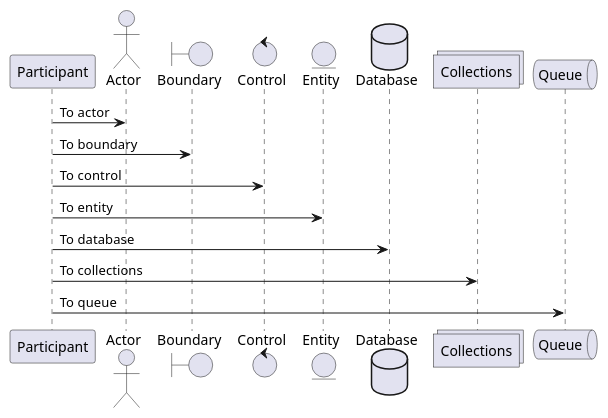
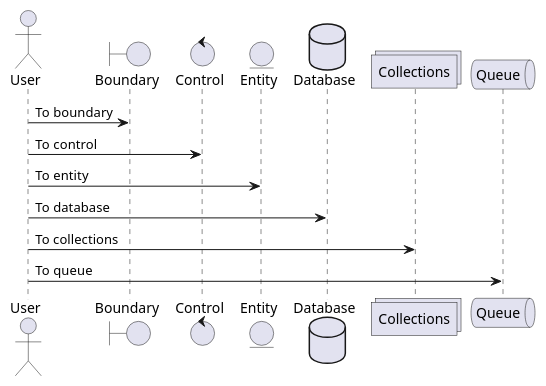
One commit to margined-protocol/docs changed the diagram in architecture/puml-files/openPos.puml. Above: the diagram before and after it, drawn with PlantUML. The commit also changed 2 other files, not shown here.

```diff
--- a/architecture/puml-files/openPos.puml
+++ b/architecture/puml-files/openPos.puml
@@ -1,17 +1,15 @@
 @startuml openPos
-participant Participant
-actor       Actor       
+actor       User       
 boundary    Boundary    
 control     Control     
 entity      Entity      
 database    Database    
 collections Collections 
 queue       Queue       
-Participant -> Actor : To actor 
-Participant -> Boundary : To boundary
-Participant -> Control : To control
-Participant -> Entity : To entity
-Participant -> Database : To database
-Participant -> Collections : To collections
-Participant -> Queue: To queue
+User -> Boundary : To boundary
+User -> Control : To control
+User -> Entity : To entity
+User -> Database : To database
+User -> Collections : To collections
+User -> Queue: To queue
 @enduml
```
